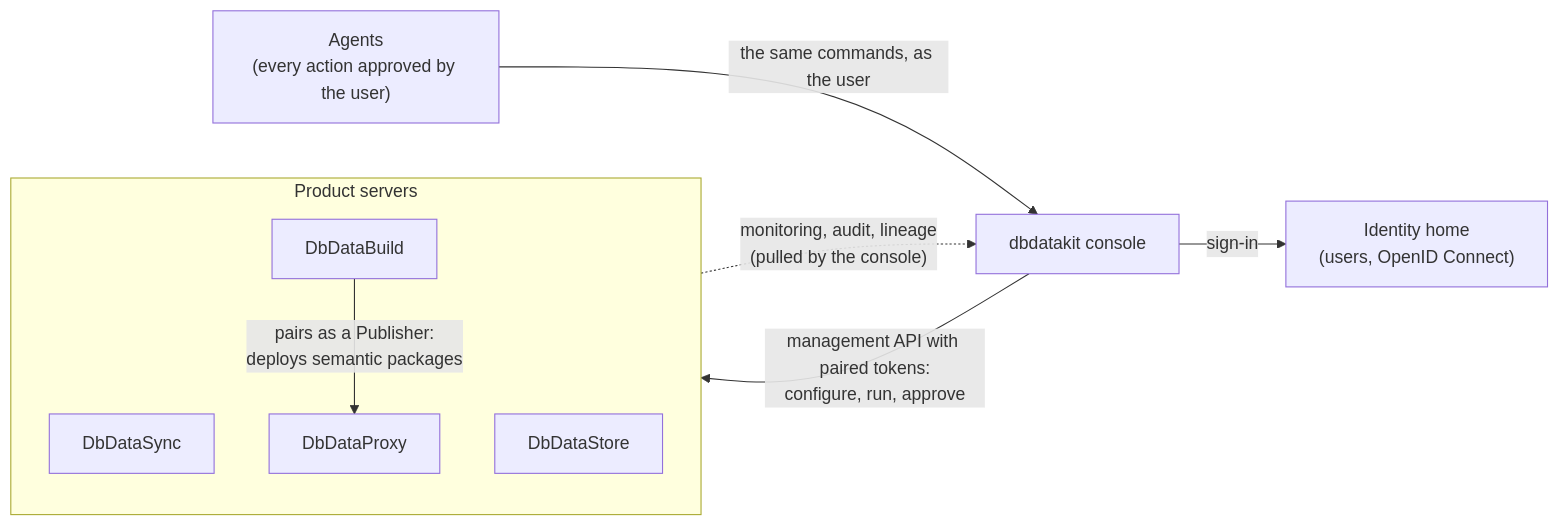
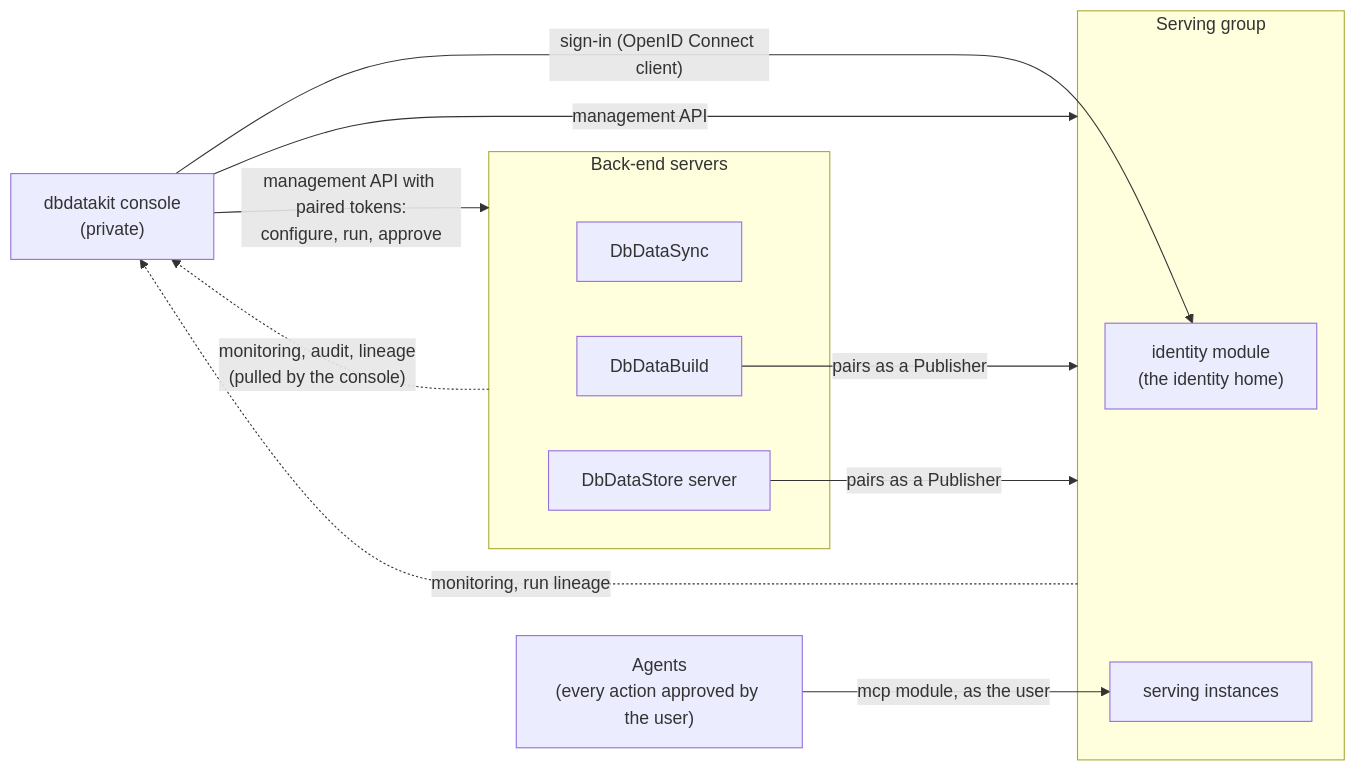
The second of 2 diagrams in docs/suite-data-flow.md (DbDataSync/DbDataKit), drawn with Mermaid before and after one commit. The commit also changed other lines of this file and 6 other files, not shown here.

First line of the commit message:
Plan 20: one serving layer for every end-user endpoint

````diff
--- a/docs/suite-data-flow.md
+++ b/docs/suite-data-flow.md
@@ -92,19 +86,25 @@
 ```mermaid
 flowchart LR
-    ID["Identity home<br/>(users, OpenID Connect)"]
-    CON["dbdatakit console"]
+    CON["dbdatakit console<br/>(private)"]
     AG["Agents<br/>(every action approved by the user)"]
 
-    subgraph SERVERS["Product servers"]
+    subgraph EDGE["Serving group"]
+        ID["identity module<br/>(the identity home)"]
+        SV["serving instances"]
+    end
+
+    subgraph SERVERS["Back-end servers"]
         S["DbDataSync"]
         B["DbDataBuild"]
-        P["DbDataProxy"]
-        D["DbDataStore"]
+        D["DbDataStore server"]
     end
 
-    CON -->|"sign-in"| ID
+    CON -->|"sign-in (OpenID Connect client)"| ID
     CON -->|"management API with paired tokens:<br/>configure, run, approve"| SERVERS
+    CON -->|"management API"| EDGE
     SERVERS -.->|"monitoring, audit, lineage<br/>(pulled by the console)"| CON
-    B -->|"pairs as a Publisher:<br/>deploys semantic packages"| P
-    AG -->|"the same commands, as the user"| CON
+    EDGE -.->|"monitoring, run lineage"| CON
+    B -->|"pairs as a Publisher"| EDGE
+    D -->|"pairs as a Publisher"| EDGE
+    AG -->|"mcp module, as the user"| SV
 ```
````
